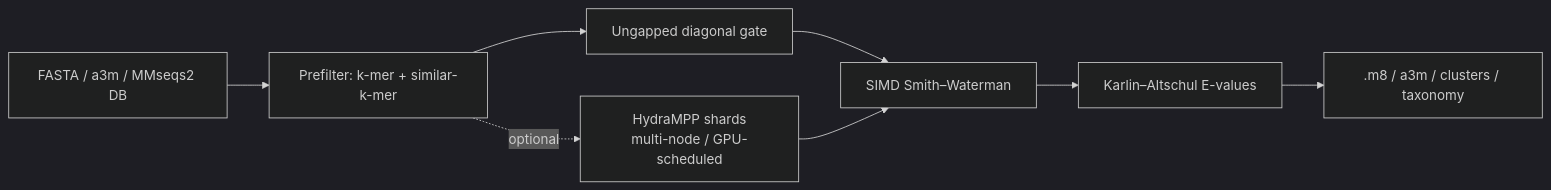
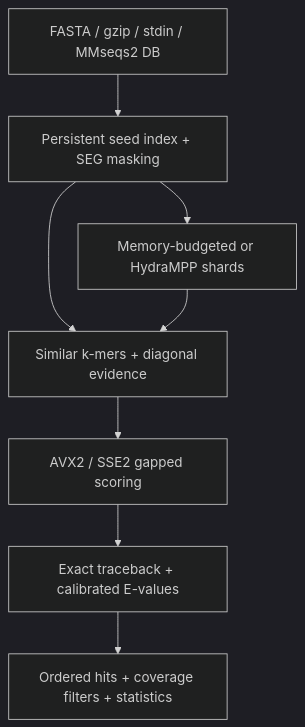
One commit to raw-lab/sabertooth changed the diagram in README.md. Above: the diagram before and after it, drawn with Mermaid (dark theme). The commit also changed other lines of this file and 194 other files, not shown here.

````diff
--- a/README.md
+++ b/README.md
@@ -105,10 +149,10 @@
 ```mermaid
-flowchart LR
-    A[FASTA / a3m / MMseqs2 DB] --> B[Prefilter: k-mer + similar-k-mer]
-    B --> C[Ungapped diagonal gate]
-    C --> D[SIMD Smith–Waterman]
-    D --> E[Karlin–Altschul E-values]
-    E --> F[.m8 / a3m / clusters / taxonomy]
-    B -. optional .-> G[HydraMPP shards<br/>multi-node / GPU-scheduled]
-    G --> D
+flowchart TD
+    A["FASTA / gzip / stdin / MMseqs2 DB"] --> B["Persistent seed index + SEG masking"]
+    B --> C["Similar k-mers + diagonal evidence"]
+    C --> D["AVX2 / SSE2 gapped scoring"]
+    D --> E["Exact traceback + calibrated E-values"]
+    E --> F["Ordered hits + coverage filters + statistics"]
+    B --> G["Memory-budgeted or HydraMPP shards"]
+    G --> C
 ```
````
